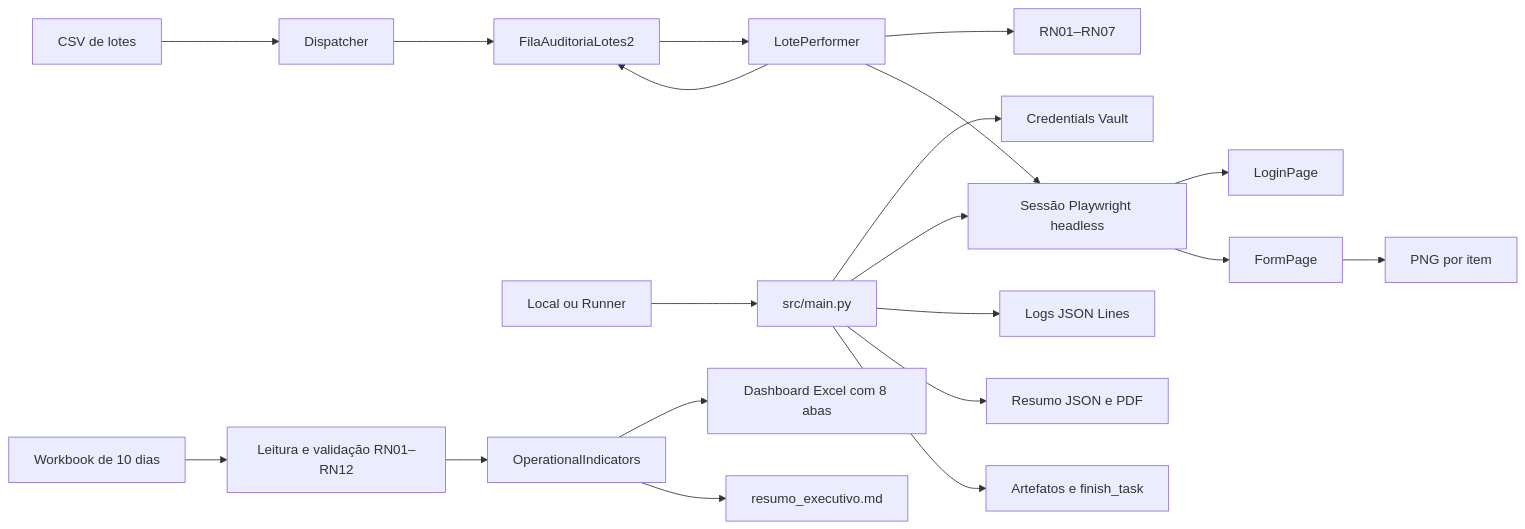
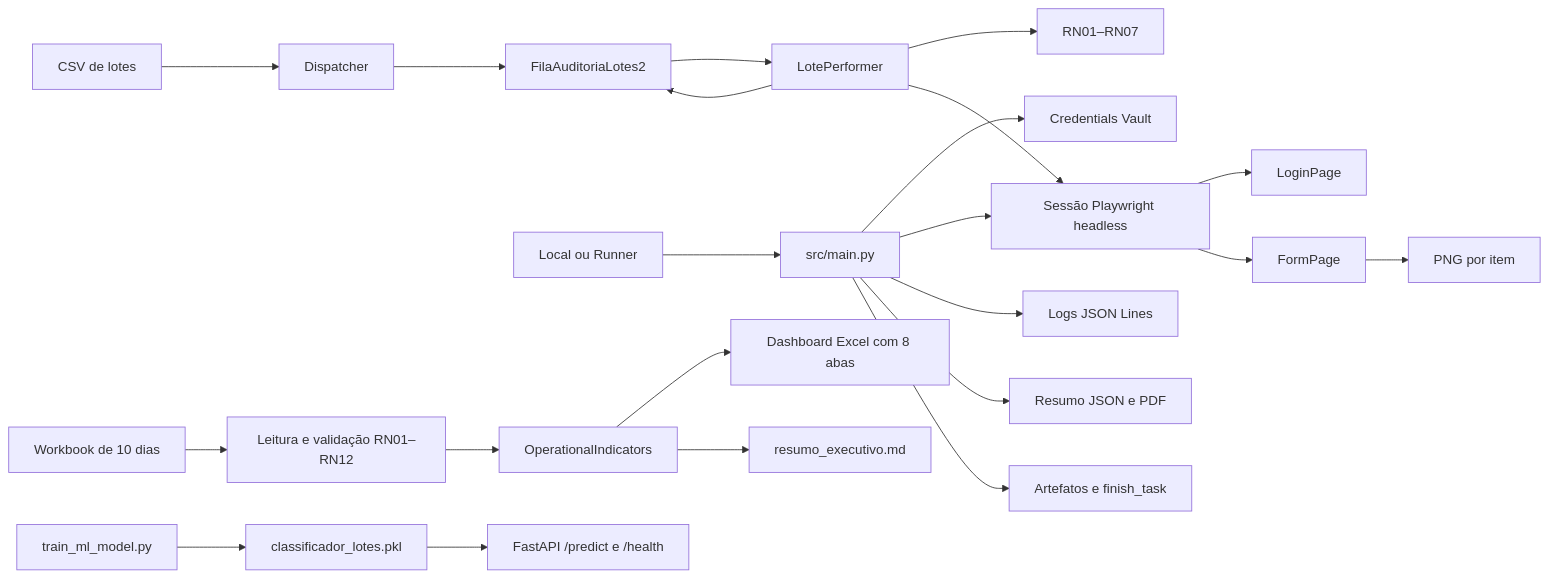
The diagram in README.md (g-f307/conferencia-de-lotes), drawn with Mermaid before and after one commit. The commit also changed other lines of this file and 15 other files, not shown here.

First line of the commit message:
feat(ml-api): treinar e servir classificador de lotes com FastAPI (#89)

````diff
--- a/README.md
+++ b/README.md
@@ -88,22 +88,24 @@
 ```mermaid
 flowchart LR
     CSV[CSV de lotes] --> DISPATCHER[Dispatcher]
     DISPATCHER --> DP[FilaAuditoriaLotes2]
     RUNNER[Local ou Runner] --> MAIN[src/main.py]
     MAIN --> VAULT[Credentials Vault]
     MAIN --> SESSION[Sessão Playwright headless]
     SESSION --> LOGIN[LoginPage]
     DP --> PERFORMER[LotePerformer]
     PERFORMER --> RULES[RN01–RN07]
     PERFORMER --> SESSION
     SESSION --> FORM[FormPage]
     FORM --> PNG[PNG por item]
     PERFORMER --> DP
     MAIN --> LOG[Logs JSON Lines]
     MAIN --> REPORT[Resumo JSON e PDF]
     MAIN --> MAESTRO[Artefatos e finish_task]
     XLSX[Workbook de 10 dias] --> READER[Leitura e validação RN01–RN12]
     READER --> INDICATORS[OperationalIndicators]
     INDICATORS --> EXCEL[Dashboard Excel com 8 abas]
     INDICATORS --> MARKDOWN[resumo_executivo.md]
+    TRAIN[train_ml_model.py] --> MODEL[classificador_lotes.pkl]
+    MODEL --> MLAPI[FastAPI /predict e /health]
 ```
````
